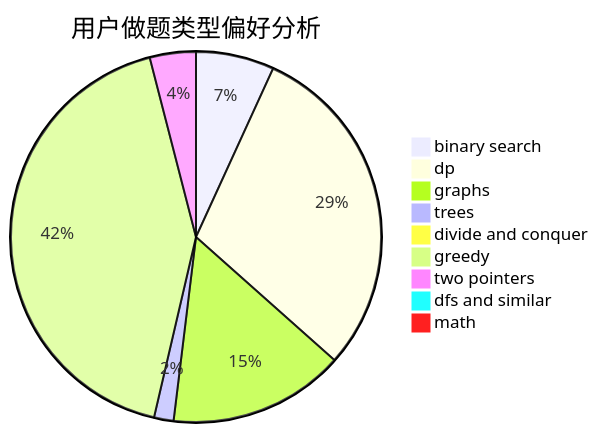
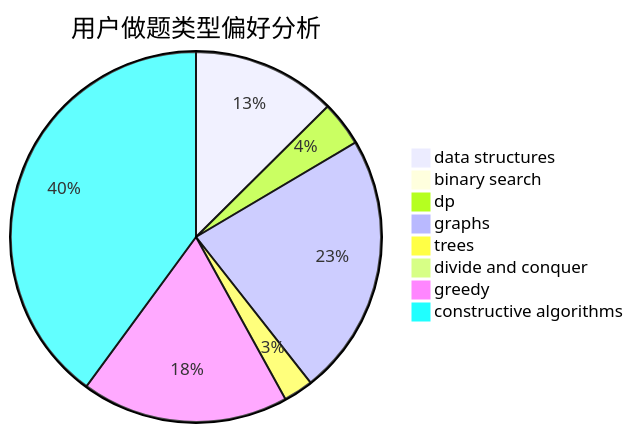
One commit to sherpahu/cfrs.github.io changed the second of 3 diagrams in docs/user/u1183.md. Above: the diagram before and after it, drawn with Mermaid. The commit also changed other lines of this file and 2775 other files, not shown here.

````diff
--- a/docs/user/u1183.md
+++ b/docs/user/u1183.md
@@ -23,12 +23,11 @@
 ```mermaid
 pie title 用户做题类型偏好分析
-    "binary search" :  136
-    "dp" :  592
-    "graphs" :  306
-    "trees" :  34
-    "divide and conquer" :  5
-    "greedy" :  843
-    "two pointers" :  80
-    "dfs and similar" :  17
-    "math" :  17
+    "data structures" :  141
+    "binary search" :  0
+    "dp" :  44
+    "graphs" :  257
+    "trees" :  29
+    "divide and conquer" :  4
+    "greedy" :  203
+    "constructive algorithms" :  448
 ```
````
